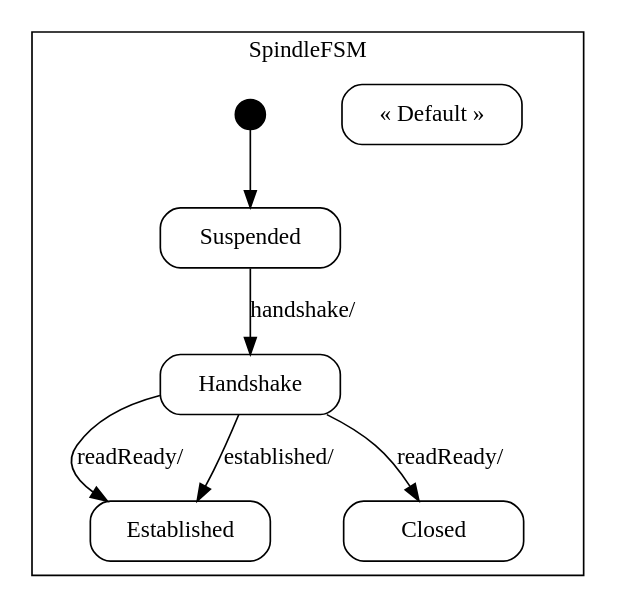
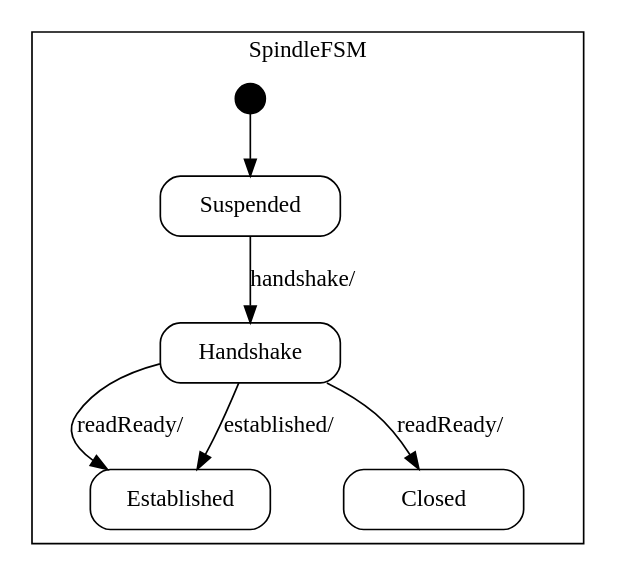
Before and after one commit to vmehra-sfdc/Ouroboros: the diagram in spindle/doc/Spindle_sm.dot, drawn with Graphviz. The commit also changed 37 other files, not shown here.

```diff
--- a/spindle/doc/Spindle_sm.dot
+++ b/spindle/doc/Spindle_sm.dot
@@ -1,51 +1,48 @@
-digraph Spindle_sm {
+digraph Spindle {
 
     node
         [shape=Mrecord width=1.5];
 
     subgraph cluster_SpindleFSM {
 
         label="SpindleFSM";
 
         //
         // States (Nodes)
         //
 
         "SpindleFSM::Suspended"
             [label="{Suspended}"];
 
         "SpindleFSM::Established"
             [label="{Established}"];
 
         "SpindleFSM::Handshake"
             [label="{Handshake}"];
 
         "SpindleFSM::Closed"
             [label="{Closed}"];
 
-        "SpindleFSM::DefaultState"
-            [label="{&laquo; Default &raquo;}"];
-
         "%start"
             [label="" shape=circle style=filled fillcolor=black width=0.25];
 
         //
         // Transitions (Edges)
         //
 
         "SpindleFSM::Suspended" -> "SpindleFSM::Handshake"
             [label="handshake/\l"];
 
         "SpindleFSM::Handshake" -> "SpindleFSM::Closed"
             [label="readReady/\l"];
 
         "SpindleFSM::Handshake" -> "SpindleFSM::Established"
             [label="readReady/\l"];
 
         "SpindleFSM::Handshake" -> "SpindleFSM::Established"
             [label="established/\l"];
 
         "%start" -> "SpindleFSM::Suspended"
     }
 
 }
```
